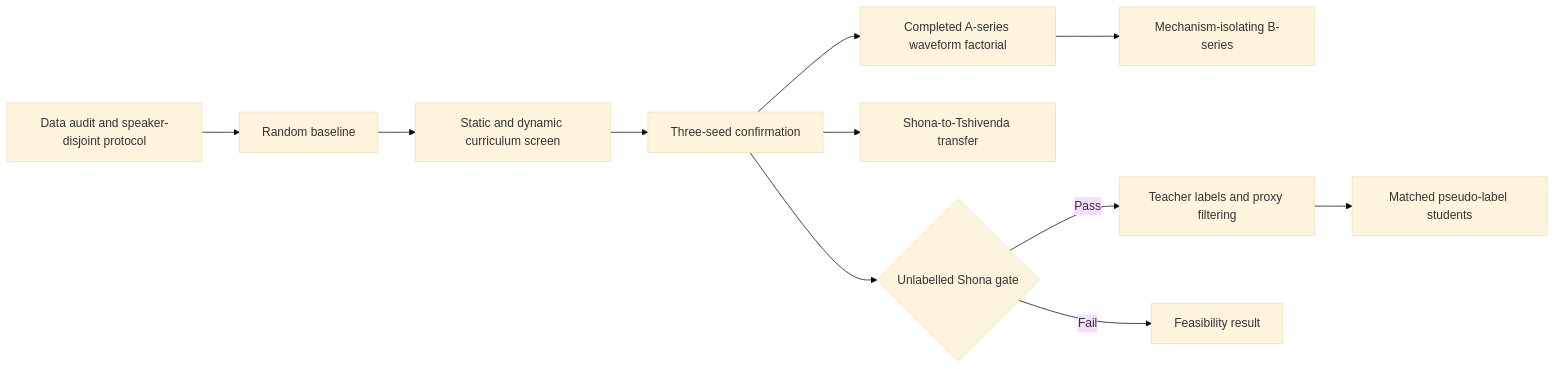
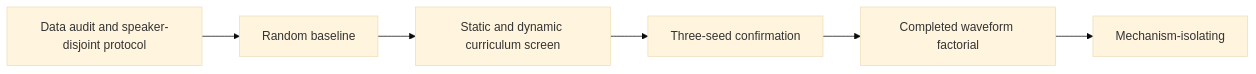
The diagram in documents/thesis/chapter3_methodology_draft.md (u25724267-svg/Whisper_fine_tuning_ASR), drawn with Mermaid (base theme) before and after one commit. The commit also changed 83 other files, not shown here.

````diff
--- a/documents/thesis/chapter3_methodology_draft.md
+++ b/documents/thesis/chapter3_methodology_draft.md
@@ -76,13 +76,8 @@
 ```mermaid
 flowchart LR
   A[Data audit and speaker-disjoint protocol] --> B[Random baseline]
   B --> C[Static and dynamic curriculum screen]
   C --> D[Three-seed confirmation]
-  D --> E[Completed A-series waveform factorial]
-  E --> J[Mechanism-isolating B-series]
-  D --> F[Shona-to-Tshivenda transfer]
-  D --> G{Unlabelled Shona gate}
-  G -->|Pass| H[Teacher labels and proxy filtering]
-  H --> K[Matched pseudo-label students]
-  G -->|Fail| I[Feasibility result]
+  D --> E[Completed waveform factorial]
+  E --> J[Mechanism-isolating]
 ```
````
